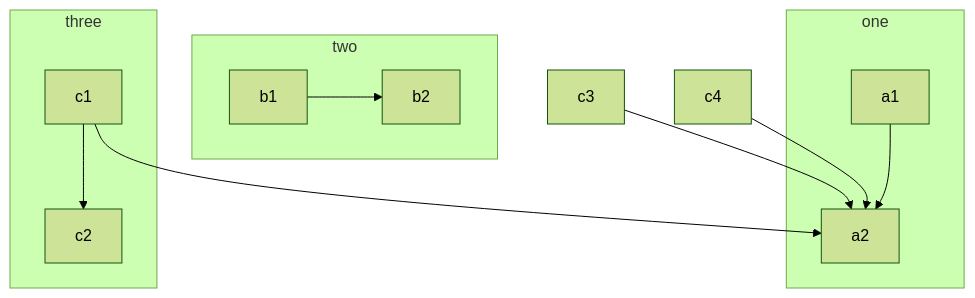
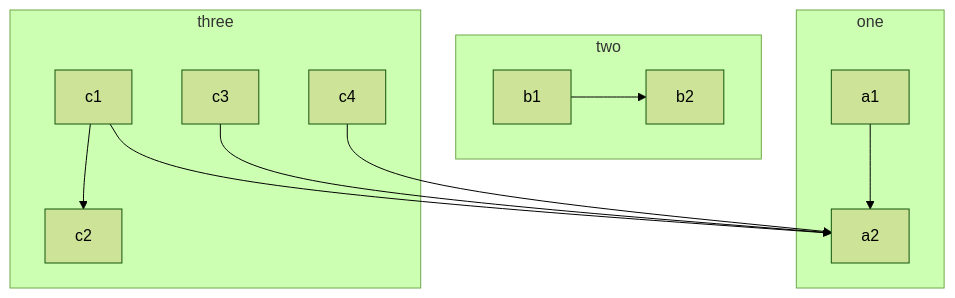
The first of 15 diagrams in _posts/2024-04-28-test-mermaid.md (moonIsMyFriend/basicConcept.github.io), drawn with Mermaid (forest theme) before and after one commit. The commit also changed other lines of this file, not shown here.

```diff
--- a/_posts/2024-04-28-test-mermaid.md
+++ b/_posts/2024-04-28-test-mermaid.md
@@ -14,15 +14,15 @@
  <pre class="mermaid">
     flowchart TB
     c1-->a2
-    c3-->a2
-    c4-->a2
     subgraph one
     a1-->a2
     end
     subgraph two
     b1-->b2
     end
     subgraph three
     c1-->c2
+    c3-->a2
+    c4-->a2
     end
 </pre>
```
